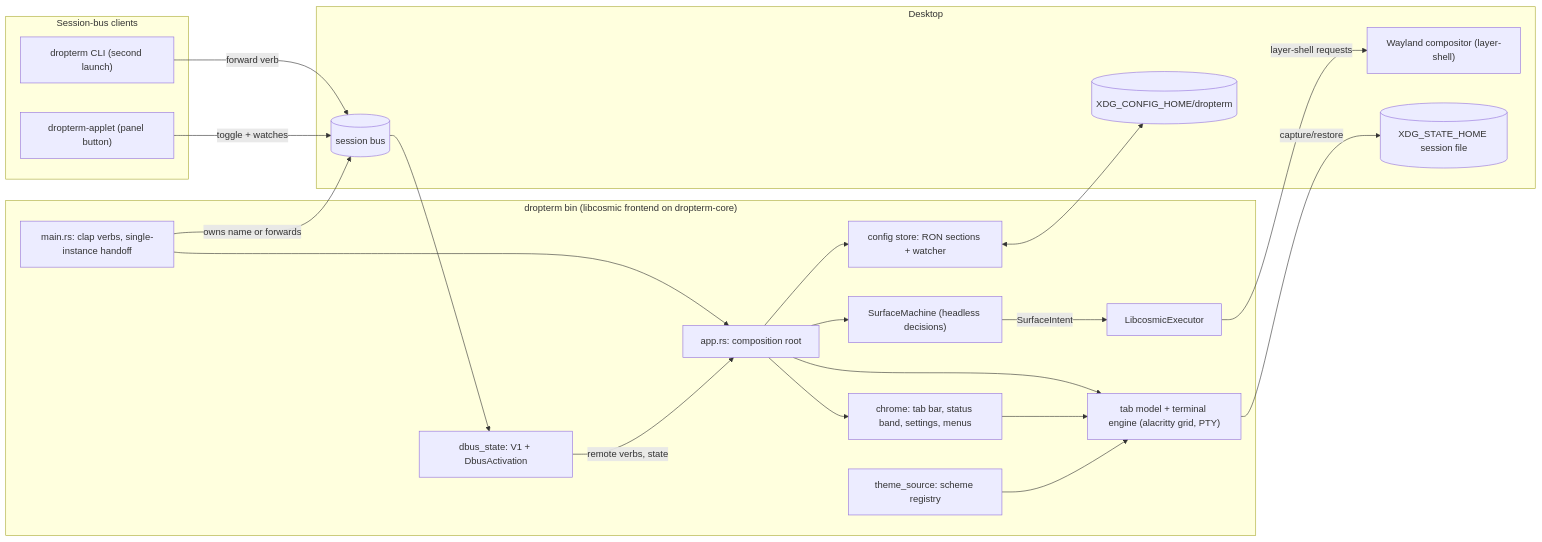
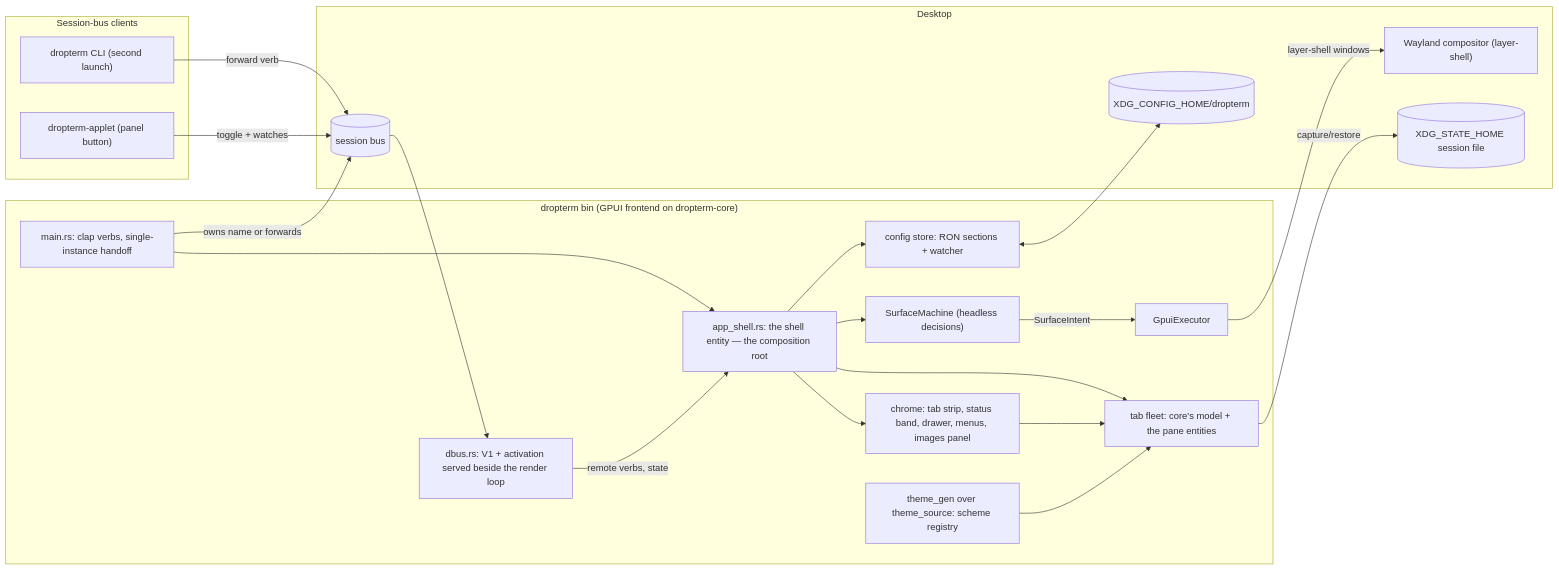
One commit to l1br3-io/cosmic-ext-dropterm changed the first of 2 diagrams in docs/architecture.md. Above: the diagram before and after it, drawn with Mermaid. The commit also changed other lines of this file and 5 other files, not shown here.

````diff
--- a/docs/architecture.md
+++ b/docs/architecture.md
@@ -15,40 +15,40 @@
 ```mermaid
 flowchart LR
     subgraph clients["Session-bus clients"]
         CLI["dropterm CLI (second launch)"]
         APPLET["dropterm-applet (panel button)"]
     end
-    subgraph process["dropterm bin (libcosmic frontend on dropterm-core)"]
+    subgraph process["dropterm bin (GPUI frontend on dropterm-core)"]
         MAIN["main.rs: clap verbs, single-instance handoff"]
-        DBUS["dbus_state: V1 + DbusActivation"]
-        ROOT["app.rs: composition root"]
+        DBUS["dbus.rs: V1 + activation served beside the render loop"]
+        SHELL["app_shell.rs: the shell entity — the composition root"]
         MACHINE["SurfaceMachine (headless decisions)"]
-        EXEC["LibcosmicExecutor"]
+        EXEC["GpuiExecutor"]
         CONFIG["config store: RON sections + watcher"]
-        TABS["tab model + terminal engine (alacritty grid, PTY)"]
-        CHROME["chrome: tab bar, status band, settings, menus"]
-        THEME["theme_source: scheme registry"]
+        TABS["tab fleet: core's model + the pane entities"]
+        CHROME["chrome: tab strip, status band, drawer, menus, images panel"]
+        THEME["theme_gen over theme_source: scheme registry"]
     end
     subgraph desktop["Desktop"]
         BUS[("session bus")]
         WL["Wayland compositor (layer-shell)"]
         FILES[("XDG_CONFIG_HOME/dropterm")]
         STATE[("XDG_STATE_HOME session file")]
     end
     CLI -->|forward verb| BUS
     APPLET -->|toggle + watches| BUS
     BUS --> DBUS
     MAIN -->|owns name or forwards| BUS
-    MAIN --> ROOT
-    DBUS -->|remote verbs, state| ROOT
-    ROOT --> MACHINE
-    ROOT --> TABS
-    ROOT --> CHROME
-    ROOT --> CONFIG
+    MAIN --> SHELL
+    DBUS -->|remote verbs, state| SHELL
+    SHELL --> MACHINE
+    SHELL --> TABS
+    SHELL --> CHROME
+    SHELL --> CONFIG
     MACHINE -->|SurfaceIntent| EXEC
-    EXEC -->|layer-shell requests| WL
+    EXEC -->|layer-shell windows| WL
     CHROME --> TABS
     THEME --> TABS
     CONFIG <--> FILES
     TABS -->|capture/restore| STATE
 ```
````
